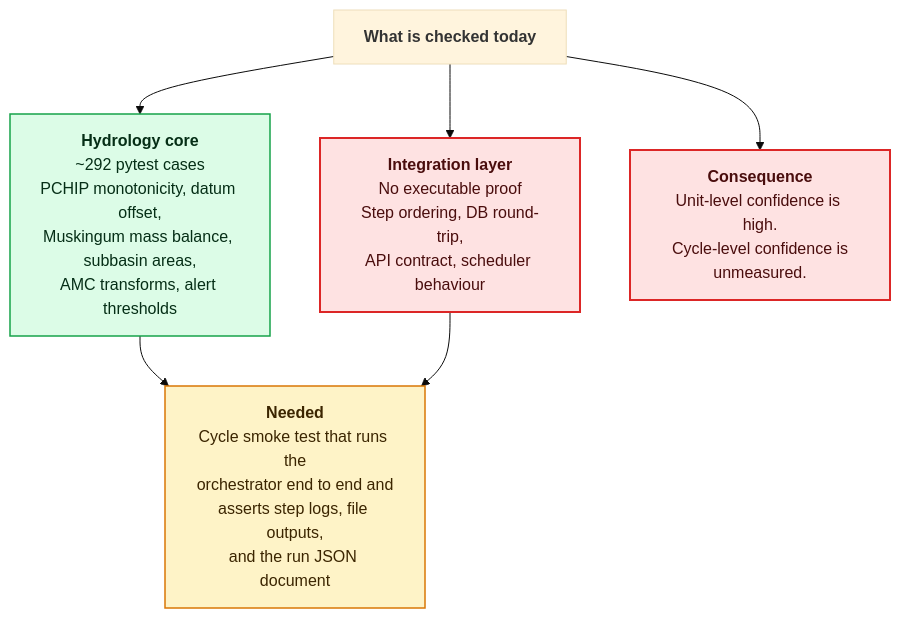
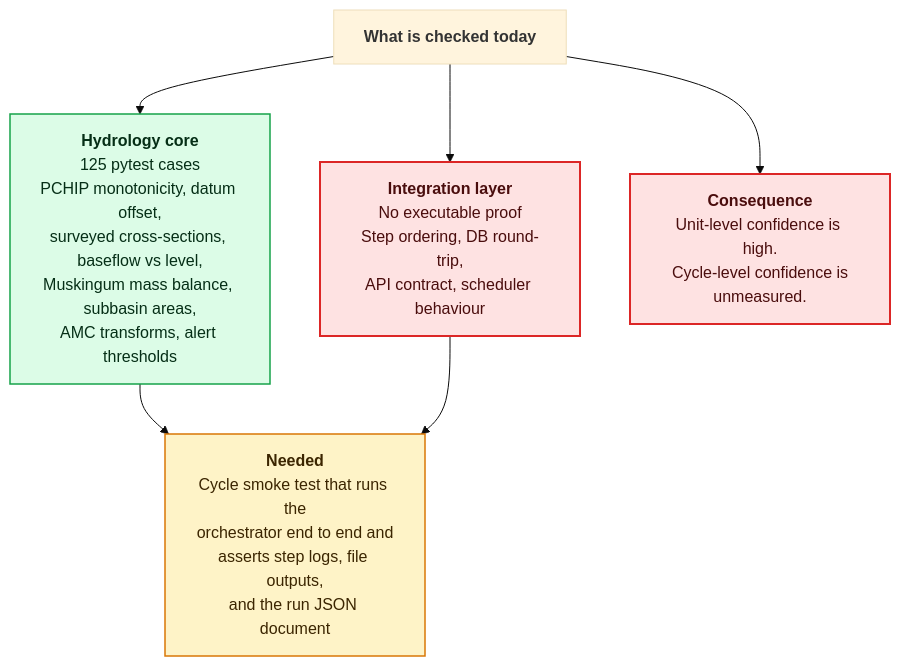
Before and after one commit to satwikcccss-crypto/CCCSS-SUK-Panchganga_Hydrocast: the second of 2 diagrams in docs/roadmap.md, drawn with Mermaid (base theme). The commit also changed other lines of this file and 230 other files, not shown here.

Commit message:
feat: Finalize low-flow stage bias fixes, implement Telegram RBAC, and update project metadata

````diff
--- a/docs/roadmap.md
+++ b/docs/roadmap.md
@@ -101,18 +101,18 @@
 ```mermaid
 flowchart TB
     T["<b>What is checked today</b>"]
-    T --> A["<b>Hydrology core</b><br/>~292 pytest cases<br/>PCHIP monotonicity, datum offset,<br/>Muskingum mass balance, subbasin areas,<br/>AMC transforms, alert thresholds"]
+    T --> A["<b>Hydrology core</b><br/>125 pytest cases<br/>PCHIP monotonicity, datum offset,<br/>surveyed cross-sections, baseflow vs level,<br/>Muskingum mass balance, subbasin areas,<br/>AMC transforms, alert thresholds"]
     T --> B["<b>Integration layer</b><br/>No executable proof<br/>Step ordering, DB round-trip,<br/>API contract, scheduler behaviour"]
     T --> C["<b>Consequence</b><br/>Unit-level confidence is high.<br/>Cycle-level confidence is<br/>unmeasured."]
 
     A --> D["<b>Needed</b><br/>Cycle smoke test that runs the<br/>orchestrator end to end and<br/>asserts step logs, file outputs,<br/>and the run JSON document"]
     B --> D
 
     classDef have fill:#dcfce7,stroke:#16a34a,stroke-width:1.5px,color:#052e16
     classDef lack fill:#fee2e2,stroke:#dc2626,stroke-width:2px,color:#4a0d0d
     classDef need fill:#fef3c7,stroke:#d97706,stroke-width:1.5px,color:#3b2500
 
     class A have
     class B,C lack
     class D need
 ```
````
